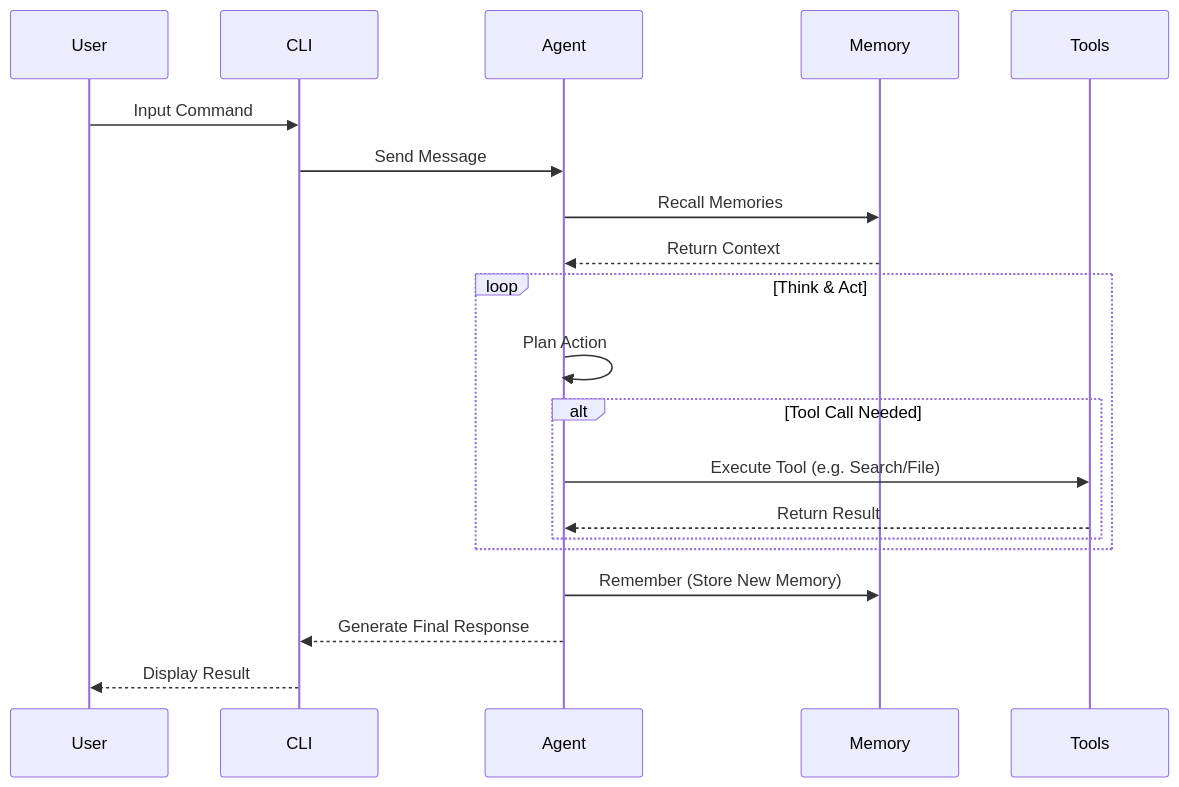
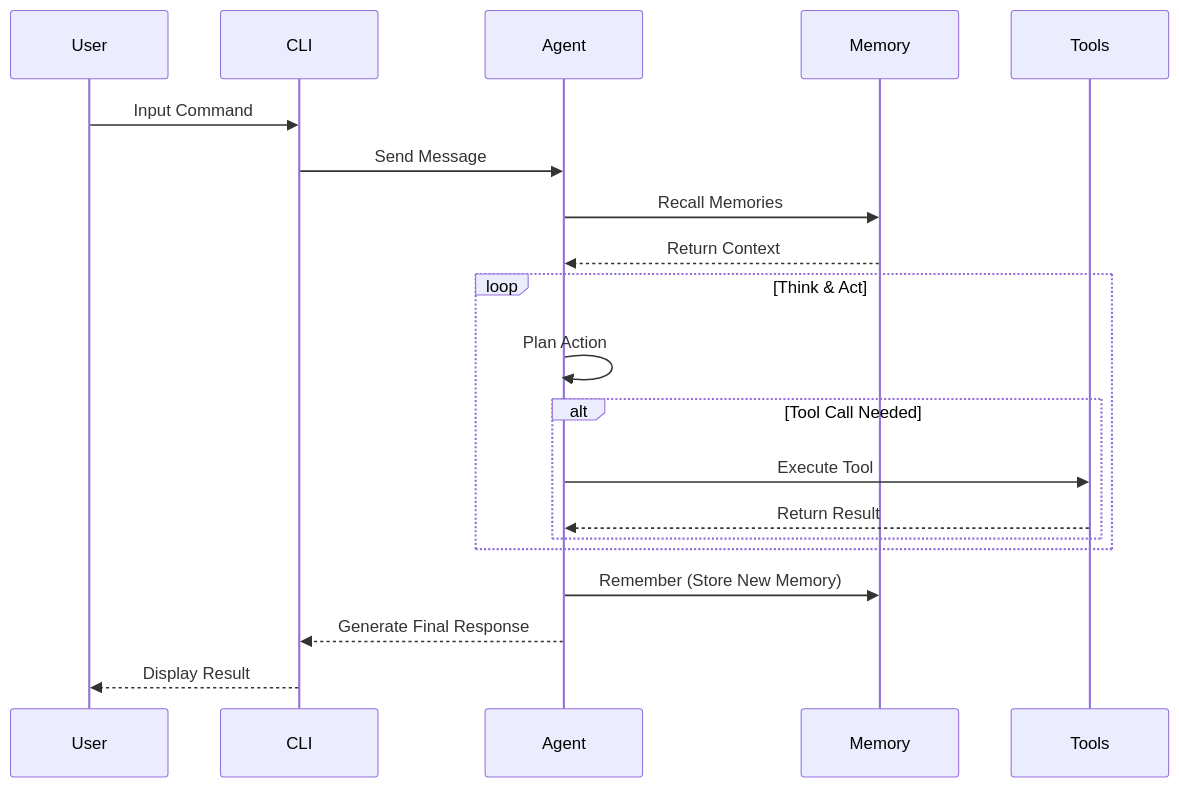
The first of 2 diagrams in README.md (xt765/FinchBot), drawn with Mermaid before and after one commit. The commit also changed other lines of this file and 1 other file, not shown here.

````diff
--- a/README.md
+++ b/README.md
@@ -58,25 +88,25 @@
 ```mermaid
 sequenceDiagram
     participant User
     participant CLI
     participant Agent
     participant Memory
     participant Tools
 
     User->>CLI: Input Command
     CLI->>Agent: Send Message
     Agent->>Memory: Recall Memories
     Memory-->>Agent: Return Context
     
     loop Think & Act
         Agent->>Agent: Plan Action
         alt Tool Call Needed
-            Agent->>Tools: Execute Tool (e.g. Search/File)
+            Agent->>Tools: Execute Tool
             Tools-->>Agent: Return Result
         end
     end
 
     Agent->>Memory: Remember (Store New Memory)
     Agent-->>CLI: Generate Final Response
     CLI-->>User: Display Result
 ```
````
